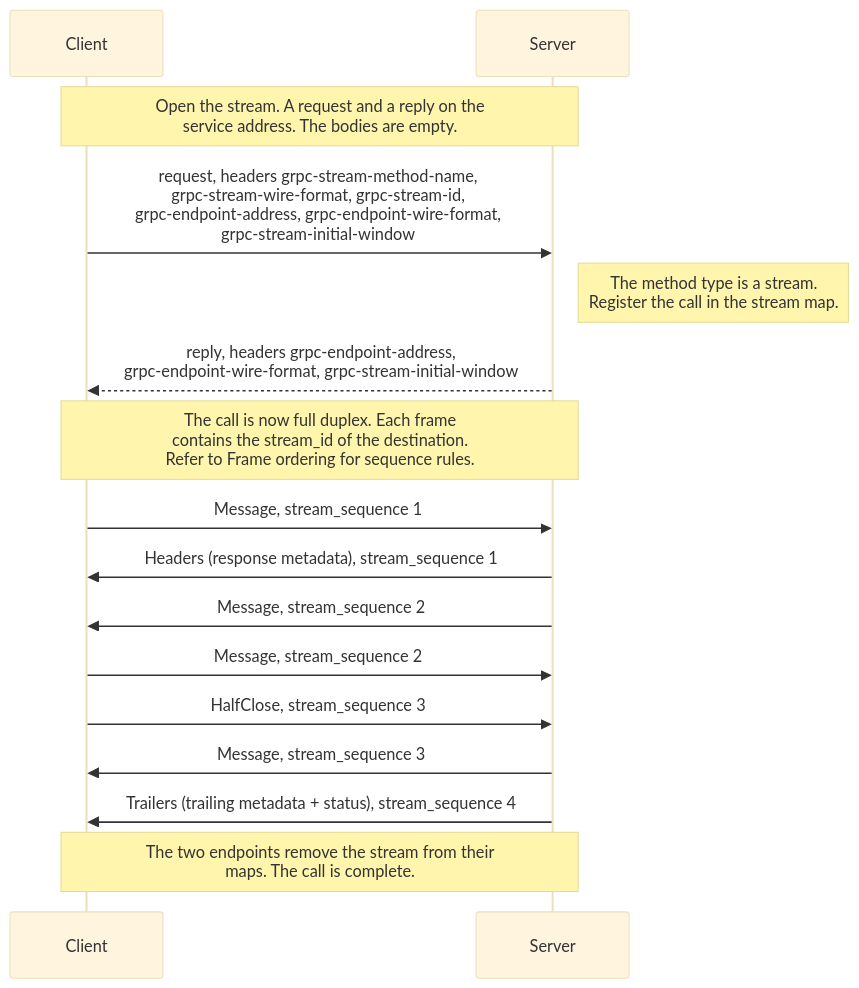
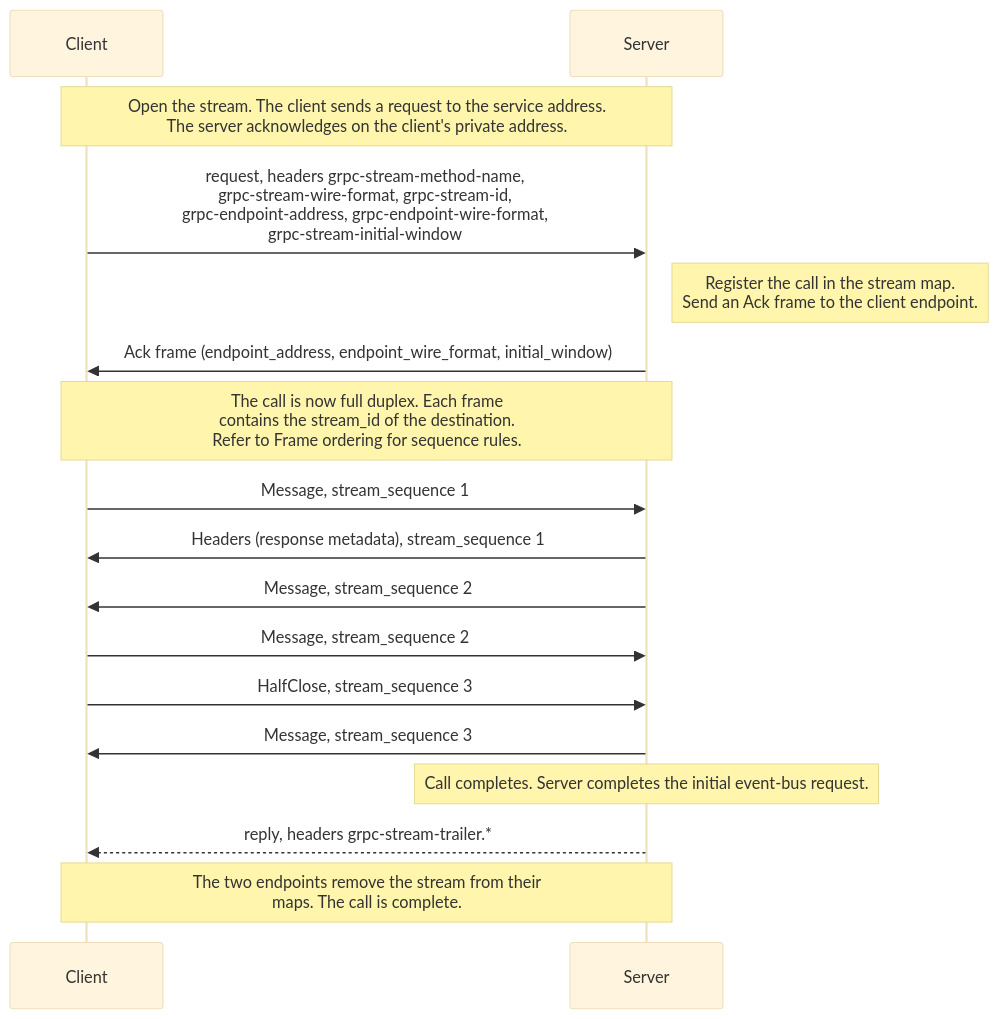
The diagram in vertx-grpc-eventbus/README.md (eclipse-vertx/vertx-grpc), drawn with Mermaid (base theme) before and after one commit. The commit also changed other lines of this file and 9 other files, not shown here.

Commit message:
Extend event-bus gRPC response scope for streaming calls (#365)

````diff
--- a/vertx-grpc-eventbus/README.md
+++ b/vertx-grpc-eventbus/README.md
@@ -119,20 +122,21 @@
 ```mermaid
 sequenceDiagram
     participant C as Client
     participant S as Server
 
-    Note over C,S: Open the stream. A request and a reply on the<br/>service address. The bodies are empty.
+    Note over C,S: Open the stream. The client sends a request to the service address.<br/>The server acknowledges on the client's private address.
     C->>S: request, headers grpc-stream-method-name,<br/>grpc-stream-wire-format, grpc-stream-id,<br/>grpc-endpoint-address, grpc-endpoint-wire-format,<br/>grpc-stream-initial-window
-    Note right of S: The method type is a stream.<br/>Register the call in the stream map.
-    S-->>C: reply, headers grpc-endpoint-address,<br/>grpc-endpoint-wire-format, grpc-stream-initial-window
+    Note right of S: Register the call in the stream map.<br/>Send an Ack frame to the client endpoint.
+    S->>C: Ack frame (endpoint_address, endpoint_wire_format, initial_window)
 
     Note over C,S: The call is now full duplex. Each frame<br/>contains the stream_id of the destination.<br/>Refer to Frame ordering for sequence rules.
     C->>S: Message, stream_sequence 1
     S->>C: Headers (response metadata), stream_sequence 1
     S->>C: Message, stream_sequence 2
     C->>S: Message, stream_sequence 2
     C->>S: HalfClose, stream_sequence 3
     S->>C: Message, stream_sequence 3
-    S->>C: Trailers (trailing metadata + status), stream_sequence 4
+    Note over S: Call completes. Server completes the initial event-bus request.
+    S-->>C: reply, headers grpc-stream-trailer.*
     Note over C,S: The two endpoints remove the stream from their<br/>maps. The call is complete.
 ```
````
